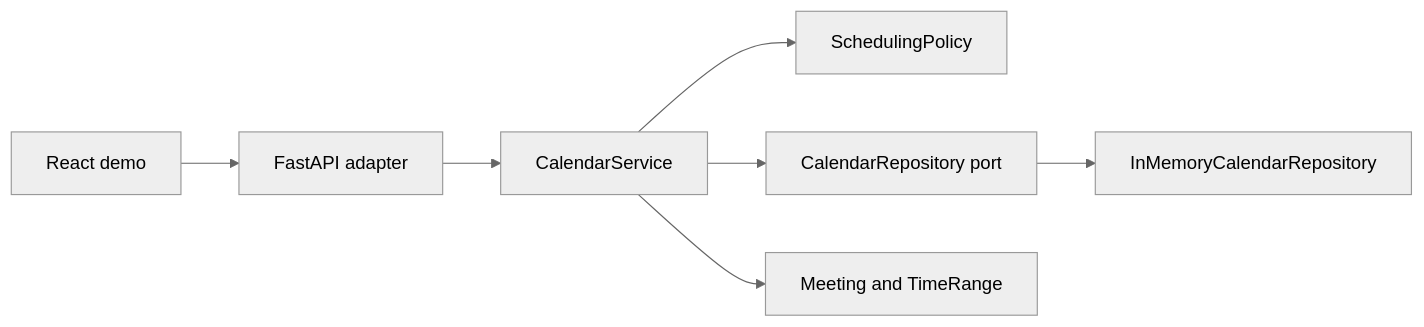
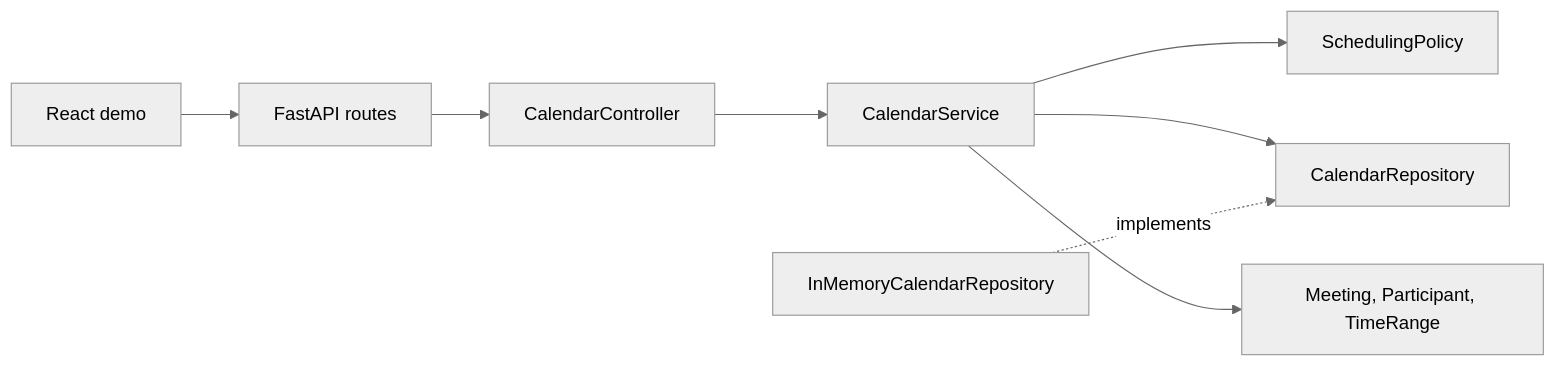
Before and after one commit to Maheshwari-Tech/Low-Level-Design: the first of 2 diagrams in Machine Coding/calendar-meet-booking/DESIGN.md, drawn with Mermaid (neutral theme). The commit also changed other lines of this file and 82 other files, not shown here.

````diff
--- a/Machine Coding/calendar-meet-booking/DESIGN.md
+++ b/Machine Coding/calendar-meet-booking/DESIGN.md
@@ -18,9 +18,10 @@
 ```mermaid
 flowchart LR
-  UI[React demo] --> API[FastAPI adapter]
-  API --> UC[CalendarService]
+  UI[React demo] --> API[FastAPI routes]
+  API --> CONTROLLER[CalendarController]
+  CONTROLLER --> UC[CalendarService]
   UC --> POLICY[SchedulingPolicy]
-  UC --> PORT[CalendarRepository port]
-  PORT --> MEM[InMemoryCalendarRepository]
-  UC --> DOMAIN[Meeting and TimeRange]
+  UC --> REPOSITORY[CalendarRepository]
+  MEM[InMemoryCalendarRepository] -. implements .-> REPOSITORY
+  UC --> DOMAIN[Meeting, Participant, TimeRange]
 ```
````
